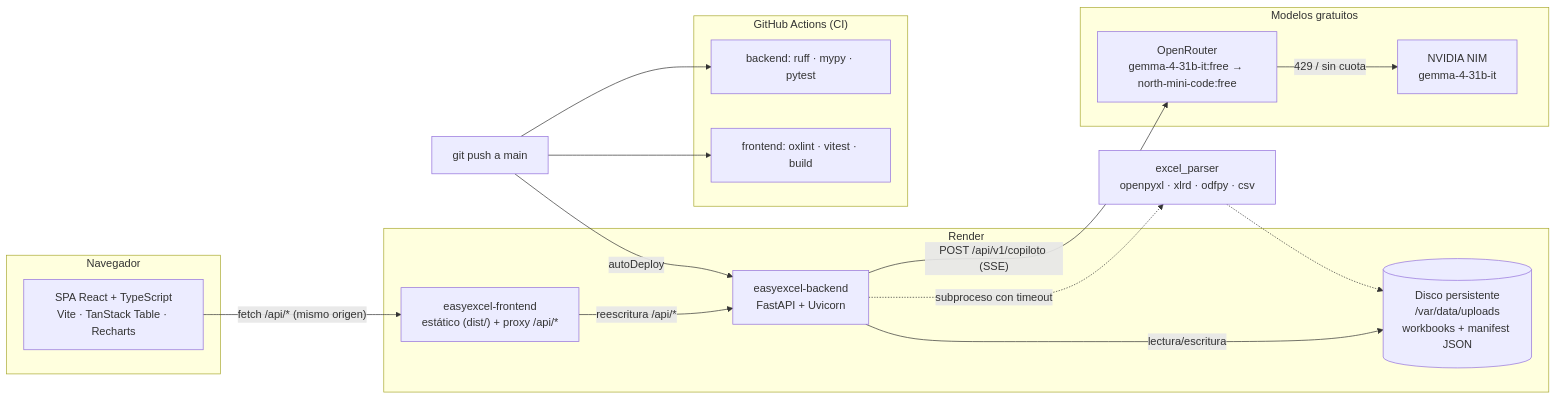
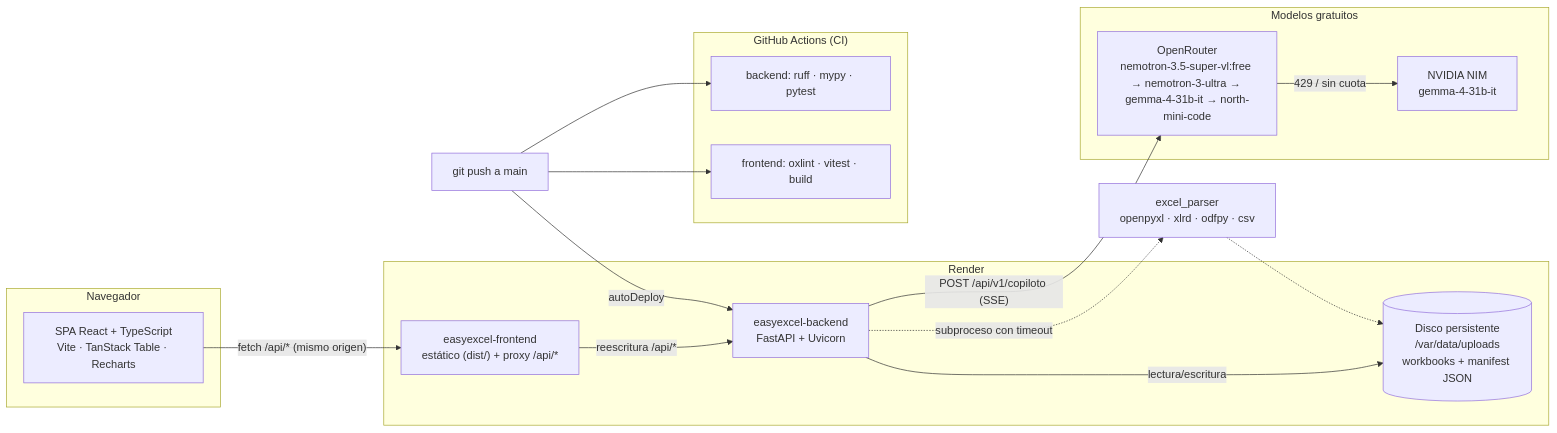
The diagram in ARCHITECTURE.md (kavanasystemsinfo-ui/EasyExcel_Panel), drawn with Mermaid before and after one commit. The commit also changed 5 other files, not shown here.

Commit message:
feat(copiloto): orden de modelos gratuitos medido con datos del proyecto (nemotron-3.5-super-vl primero; gemma da 429 en el plan gratuito) (T-029)

````diff
--- a/ARCHITECTURE.md
+++ b/ARCHITECTURE.md
@@ -8,33 +8,33 @@
 ```mermaid
 flowchart LR
     subgraph navegador["Navegador"]
         SPA["SPA React + TypeScript<br/>Vite · TanStack Table · Recharts"]
     end
 
     subgraph render["Render"]
         FE["easyexcel-frontend<br/>estático (dist/) + proxy /api/*"]
         BE["easyexcel-backend<br/>FastAPI + Uvicorn"]
         DISCO[("Disco persistente<br/>/var/data/uploads<br/>workbooks + manifest JSON")]
     end
 
     subgraph externos["Modelos gratuitos"]
-        OR["OpenRouter<br/>gemma-4-31b-it:free → north-mini-code:free"]
+        OR["OpenRouter<br/>nemotron-3.5-super-vl:free → nemotron-3-ultra → gemma-4-31b-it → north-mini-code"]
         NV["NVIDIA NIM<br/>gemma-4-31b-it"]
     end
 
     subgraph ci["GitHub Actions (CI)"]
         JOB1["backend: ruff · mypy · pytest"]
         JOB2["frontend: oxlint · vitest · build"]
     end
 
     SPA -- "fetch /api/* (mismo origen)" --> FE
     FE -- "reescritura /api/*" --> BE
     BE -- "lectura/escritura" --> DISCO
     BE -- "POST /api/v1/copiloto (SSE)" --> OR
     OR -- "429 / sin cuota" --> NV
     BE -. "subproceso con timeout" .-> PARSER["excel_parser<br/>openpyxl · xlrd · odfpy · csv"]
     PARSER -.-> DISCO
     push["git push a main"] --> JOB1
     push --> JOB2
     push -- "autoDeploy" --> BE
 ```
````
